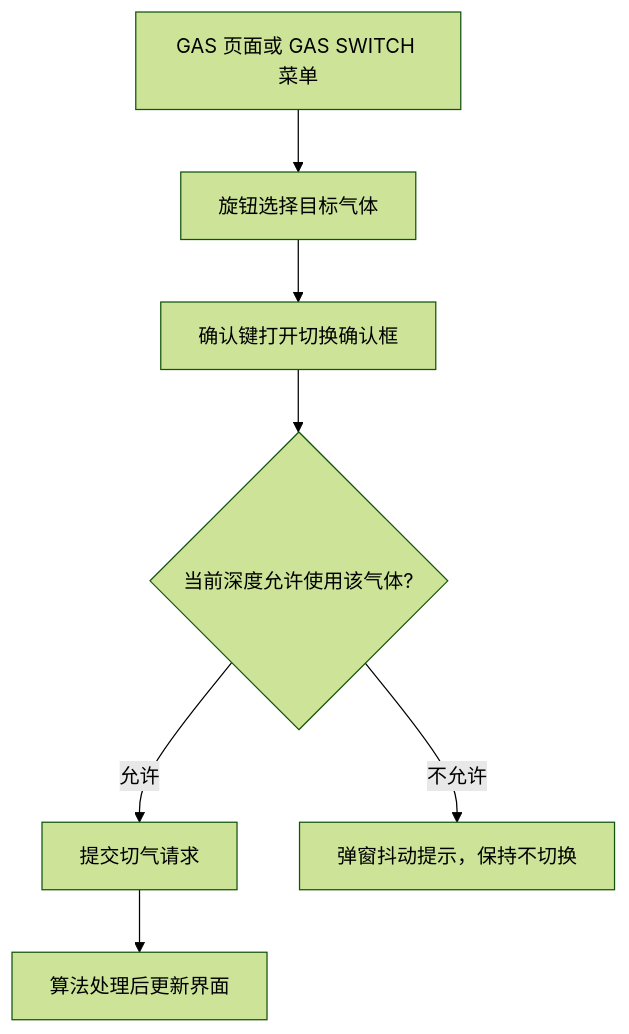
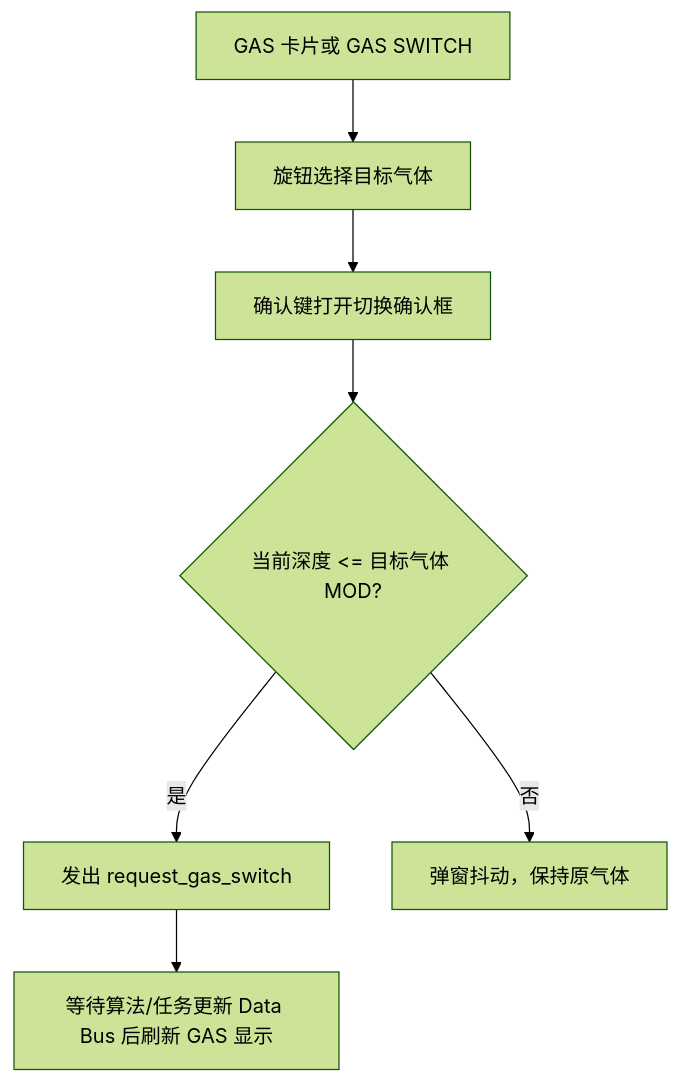
The sixth of 7 diagrams in UI_html_DOC/UI_STATE_LOGIC.md (arexvision/lv_port_win_codeblocks-release-v8.3_hasGroup), drawn with Mermaid (forest theme) before and after one commit. The commit also changed other lines of this file, not shown here.

````diff
--- a/UI_html_DOC/UI_STATE_LOGIC.md
+++ b/UI_html_DOC/UI_STATE_LOGIC.md
@@ -183,9 +294,9 @@
 ```mermaid
 flowchart TB
-    GasPage["GAS 页面或 GAS SWITCH 菜单"] --> Select["旋钮选择目标气体"]
-    Select --> ConfirmModal["确认键打开切换确认框"]
-    ConfirmModal --> Check{"当前深度允许使用该气体?"}
-    Check -->|"允许"| Request["提交切气请求"]
-    Check -->|"不允许"| Pulse["弹窗抖动提示，保持不切换"]
-    Request --> Update["算法处理后更新界面"]
+    Entry["GAS 卡片或 GAS SWITCH"] --> Pick["旋钮选择目标气体"]
+    Pick --> Modal["确认键打开切换确认框"]
+    Modal --> Check{"当前深度 <= 目标气体 MOD?"}
+    Check -->|"是"| Request["发出 request_gas_switch"]
+    Check -->|"否"| Pulse["弹窗抖动，保持原气体"]
+    Request --> Refresh["等待算法/任务更新 Data Bus 后刷新 GAS 显示"]
 ```
````
